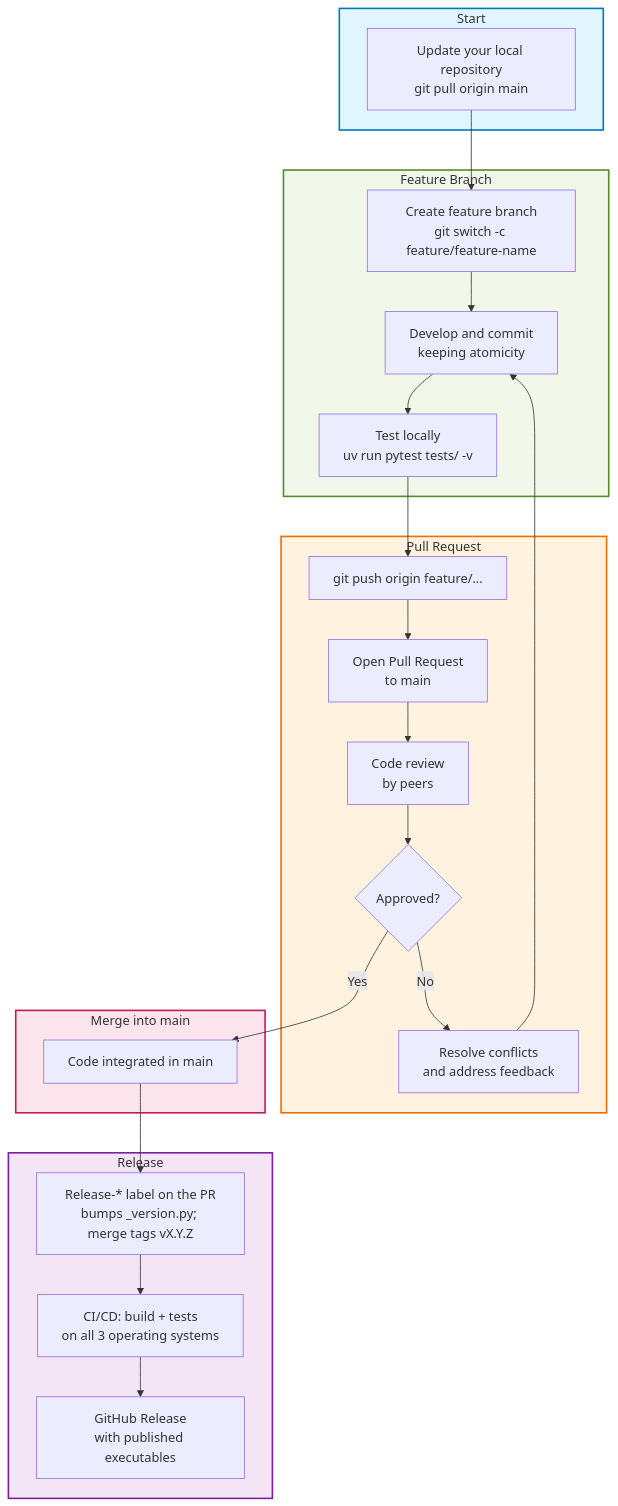
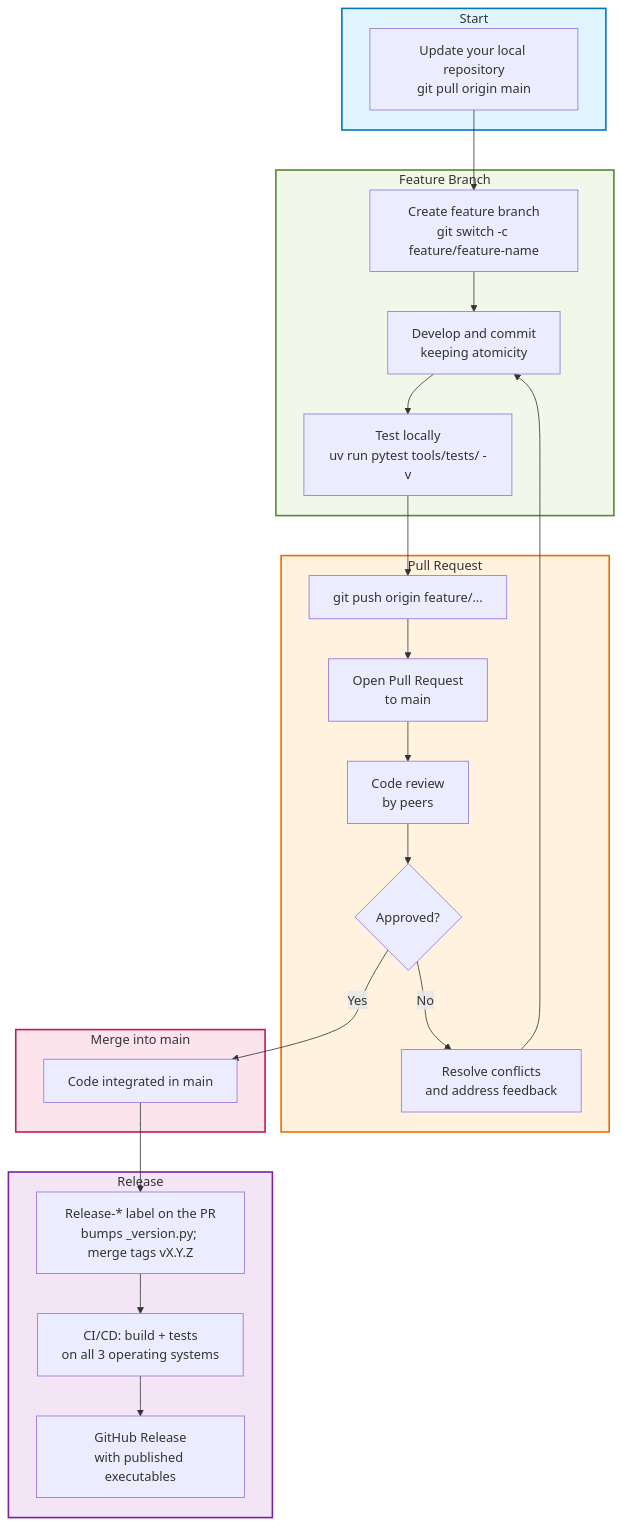
Before and after one commit to petrobras/marlim3: the first of 2 diagrams in CONTRIBUTING.md, drawn with Mermaid. The commit also changed other lines of this file and 241 other files, not shown here.

````diff
--- a/CONTRIBUTING.md
+++ b/CONTRIBUTING.md
@@ -241,50 +241,50 @@
 ```mermaid
 flowchart TB
     subgraph Start[Start]
         A[Update your local repository<br/>git pull origin main]
     end
 
     subgraph Feature[Feature Branch]
         B[Create feature branch<br/>git switch -c feature/feature-name]
         C[Develop and commit<br/>keeping atomicity]
-        D[Test locally<br/>uv run pytest tests/ -v]
+        D[Test locally<br/>uv run pytest tools/tests/ -v]
     end
 
     subgraph PR[Pull Request]
         E[git push origin feature/...]
         F[Open Pull Request<br/>to main]
         G[Code review<br/>by peers]
         H{Approved?}
         I[Resolve conflicts<br/>and address feedback]
     end
 
     subgraph Merge[Merge into main]
         J[Code integrated in main]
     end
 
     subgraph Release[Release]
         K[Release-* label on the PR<br/>bumps _version.py; merge tags vX.Y.Z]
         L[CI/CD: build + tests<br/>on all 3 operating systems]
         M[GitHub Release<br/>with published executables]
     end
 
     A --> B
     B --> C
     C --> D
     D --> E
     E --> F
     F --> G
     G --> H
     H -->|No| I
     I --> C
     H -->|Yes| J
     J --> K
     K --> L
     L --> M
 
     style Start fill:#e1f5fe,stroke:#0277bd,stroke-width:2px
     style Feature fill:#f1f8e9,stroke:#558b2f,stroke-width:2px
     style PR fill:#fff3e0,stroke:#ef6c00,stroke-width:2px
     style Merge fill:#fce4ec,stroke:#c2185b,stroke-width:2px
     style Release fill:#f3e5f5,stroke:#7b1fa2,stroke-width:2px
 ```
````
